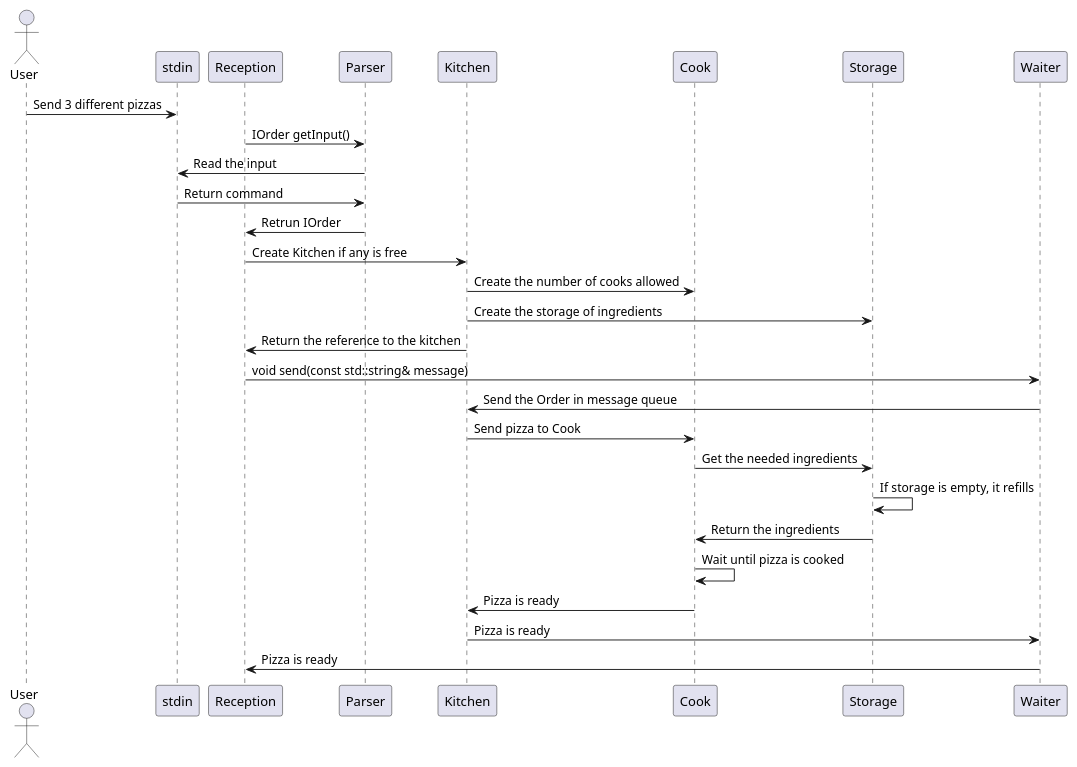
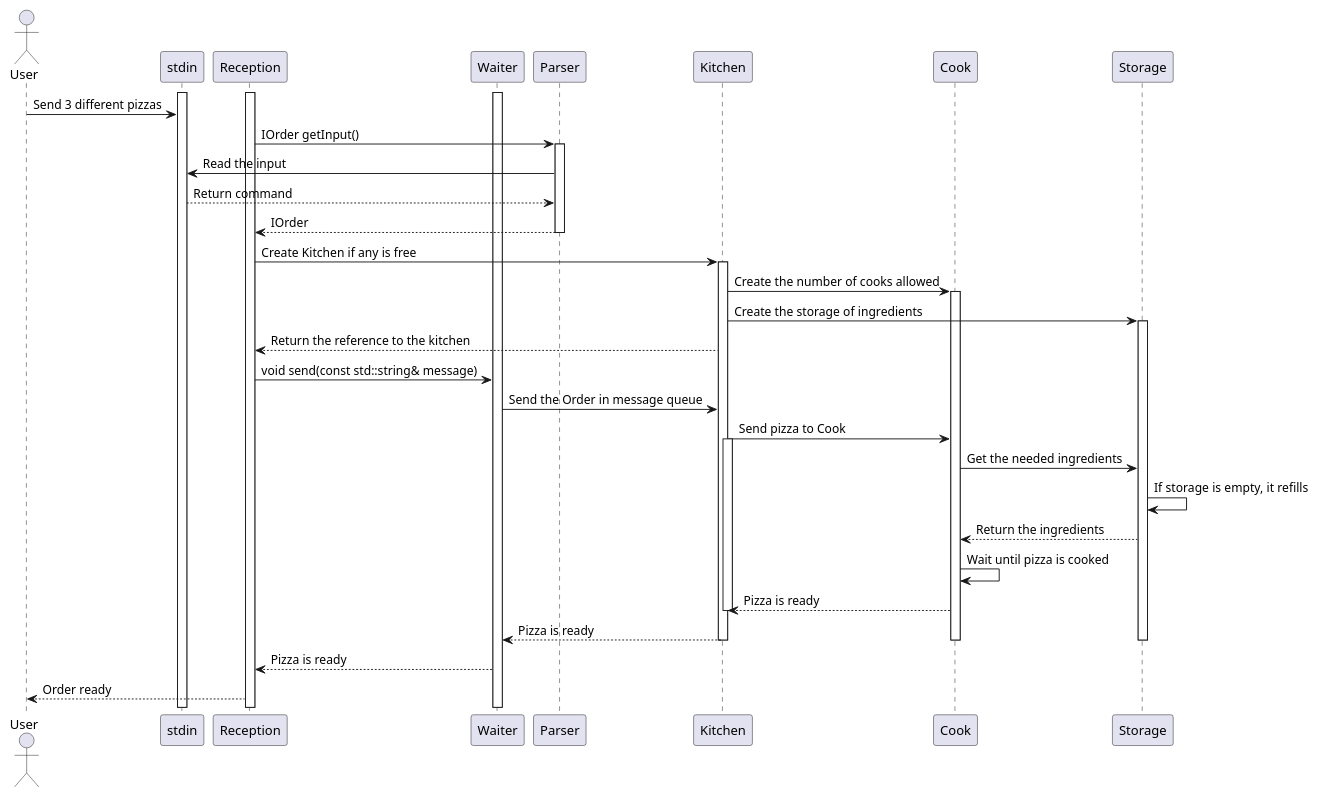
Before and after one commit to Madfish5415/CCP_plazza_2019: the diagram in uml/sequence.puml, drawn with PlantUML.

Commit message:
feat: Add lifelines to sequence diagram

```diff
--- a/uml/sequence.puml
+++ b/uml/sequence.puml
@@ -1,27 +1,42 @@
 @startuml plazza
 
 actor User
 
+activate stdin
+activate Reception
+activate Waiter
+
 User -> stdin: Send 3 different pizzas
 Reception -> Parser: IOrder getInput()
+activate Parser
 Parser -> stdin: Read the input
-stdin -> Parser: Return command
-Parser -> Reception: Retrun IOrder
+stdin --> Parser: Return command
+return IOrder
+deactivate Parser
 Reception -> Kitchen: Create Kitchen if any is free
+activate Kitchen
 Kitchen -> Cook: Create the number of cooks allowed
+activate Cook
 Kitchen -> Storage: Create the storage of ingredients
-Kitchen -> Reception: Return the reference to the kitchen
+activate Storage
+Kitchen --> Reception: Return the reference to the kitchen
 Reception -> Waiter: void send(const std::string& message)
 Waiter -> Kitchen: Send the Order in message queue
 Kitchen -> Cook:  Send pizza to Cook
+activate Kitchen
 Cook -> Storage: Get the needed ingredients
 Storage -> Storage: If storage is empty, it refills
-Storage -> Cook: Return the ingredients
+Storage --> Cook: Return the ingredients
 Cook -> Cook: Wait until pizza is cooked
-Cook -> Kitchen: Pizza is ready
-Kitchen -> Waiter: Pizza is ready
-Waiter -> Reception: Pizza is ready
+Cook --> Kitchen: Pizza is ready
+deactivate Kitchen
+Kitchen --> Waiter: Pizza is ready
+deactivate Kitchen
+deactivate Cook
+deactivate Storage
+Waiter --> Reception: Pizza is ready
+Reception --> User: Order ready
 
 
 
 @endumlæ
```
